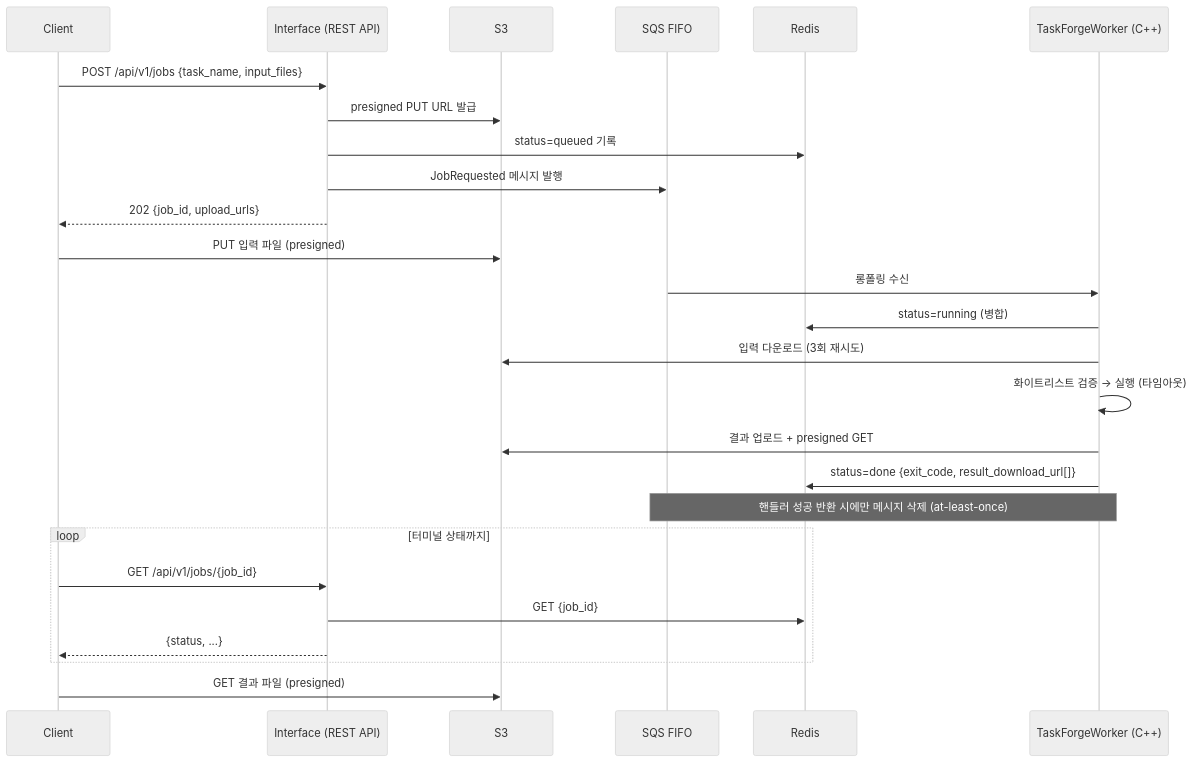
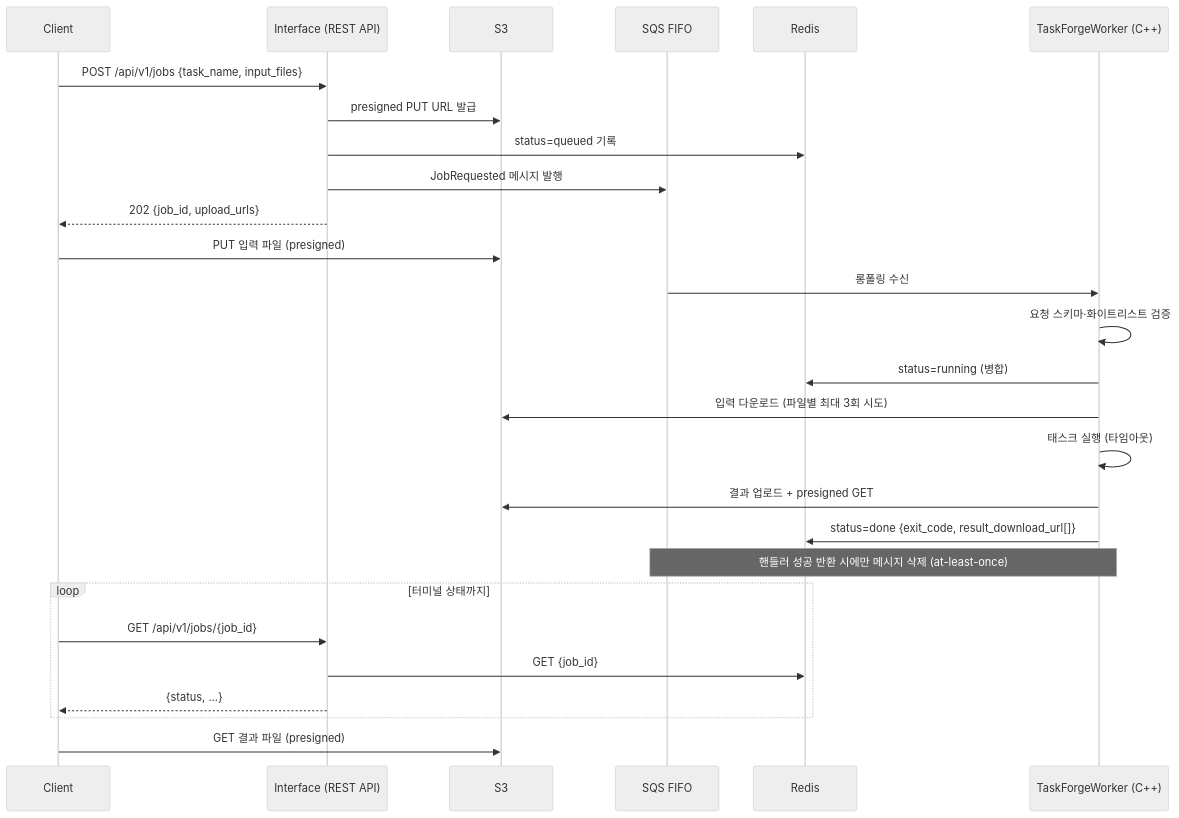
One commit to ngee044/yirang-taskforge changed the second of 2 diagrams in README.md. Above: the diagram before and after it, drawn with Mermaid (neutral theme). The commit also changed other lines of this file and 23 other files, not shown here.

````diff
--- a/README.md
+++ b/README.md
@@ -42,31 +42,32 @@
 ```mermaid
 sequenceDiagram
     participant C as Client
     participant API as Interface (REST API)
     participant S3 as S3
     participant Q as SQS FIFO
     participant R as Redis
     participant W as TaskForgeWorker (C++)
 
     C->>API: POST /api/v1/jobs {task_name, input_files}
     API->>S3: presigned PUT URL 발급
     API->>R: status=queued 기록
     API->>Q: JobRequested 메시지 발행
     API-->>C: 202 {job_id, upload_urls}
     C->>S3: PUT 입력 파일 (presigned)
 
     Q->>W: 롱폴링 수신
+    W->>W: 요청 스키마·화이트리스트 검증
     W->>R: status=running (병합)
-    W->>S3: 입력 다운로드 (3회 재시도)
-    W->>W: 화이트리스트 검증 → 실행 (타임아웃)
+    W->>S3: 입력 다운로드 (파일별 최대 3회 시도)
+    W->>W: 태스크 실행 (타임아웃)
     W->>S3: 결과 업로드 + presigned GET
     W->>R: status=done {exit_code, result_download_url[]}
     Note over W,Q: 핸들러 성공 반환 시에만 메시지 삭제 (at-least-once)
 
     loop 터미널 상태까지
         C->>API: GET /api/v1/jobs/{job_id}
         API->>R: GET {job_id}
         API-->>C: {status, ...}
     end
     C->>S3: GET 결과 파일 (presigned)
 ```
````
